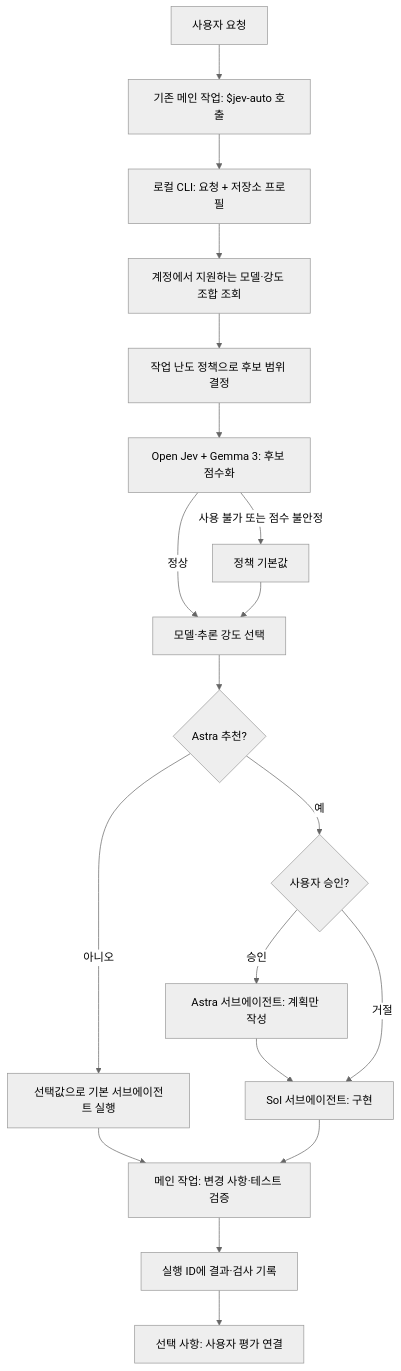
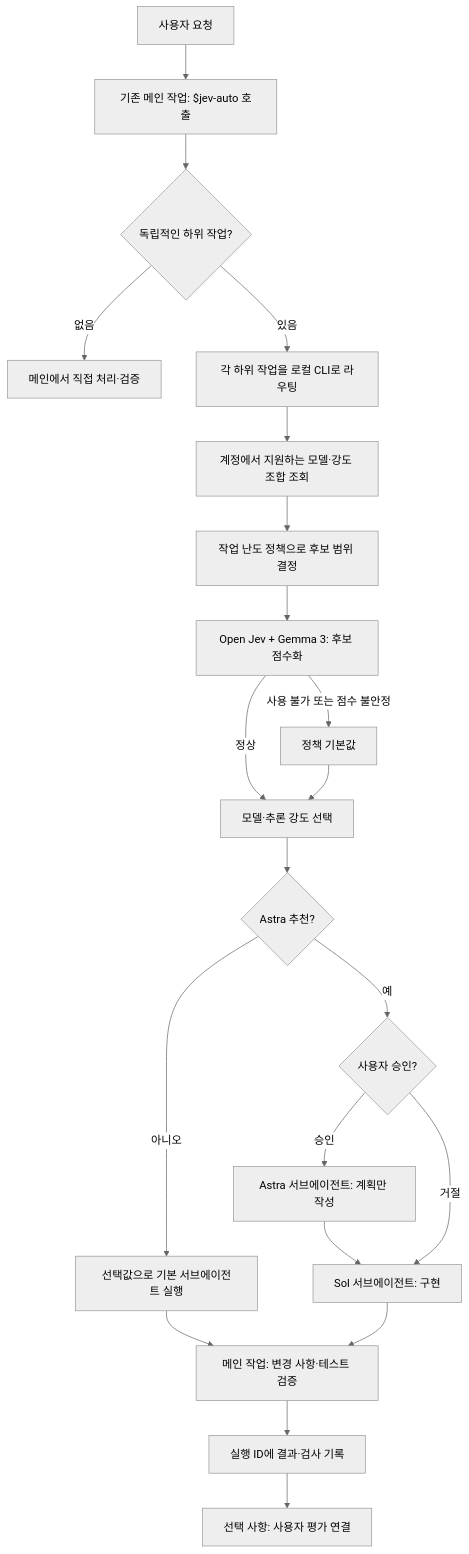
Before and after one commit to Yaklede/codex-jev-auto: the first of 2 diagrams in README.md, drawn with Mermaid (neutral theme). The commit also changed other lines of this file and 10 other files, not shown here.

````diff
--- a/README.md
+++ b/README.md
@@ -9,21 +9,23 @@
 ```mermaid
 flowchart TD
     U["사용자 요청"] --> MAIN["기존 메인 작업: $jev-auto 호출"]
-    MAIN --> CLI["로컬 CLI: 요청 + 저장소 프로필"]
+    MAIN --> SPLIT{"독립적인 하위 작업?"}
+    SPLIT -->|없음| DIRECT["메인에서 직접 처리·검증"]
+    SPLIT -->|있음| CLI["각 하위 작업을 로컬 CLI로 라우팅"]
     CLI --> CAND["계정에서 지원하는 모델·강도 조합 조회"]
     CAND --> POLICY["작업 난도 정책으로 후보 범위 결정"]
     POLICY --> JEV["Open Jev + Gemma 3: 후보 점수화"]
     JEV -->|정상| PICK["모델·추론 강도 선택"]
     JEV -->|사용 불가 또는 점수 불안정| FALLBACK["정책 기본값"]
     FALLBACK --> PICK
     PICK --> ASTRA{"Astra 추천?"}
     ASTRA -->|아니오| AGENT["선택값으로 기본 서브에이전트 실행"]
     ASTRA -->|예| CONFIRM{"사용자 승인?"}
     CONFIRM -->|승인| PLAN["Astra 서브에이전트: 계획만 작성"]
     PLAN --> SOL["Sol 서브에이전트: 구현"]
     CONFIRM -->|거절| SOL
     AGENT --> VERIFY["메인 작업: 변경 사항·테스트 검증"]
     SOL --> VERIFY
     VERIFY --> RUN["실행 ID에 결과·검사 기록"]
     RUN --> FEEDBACK["선택 사항: 사용자 평가 연결"]
 ```
````
